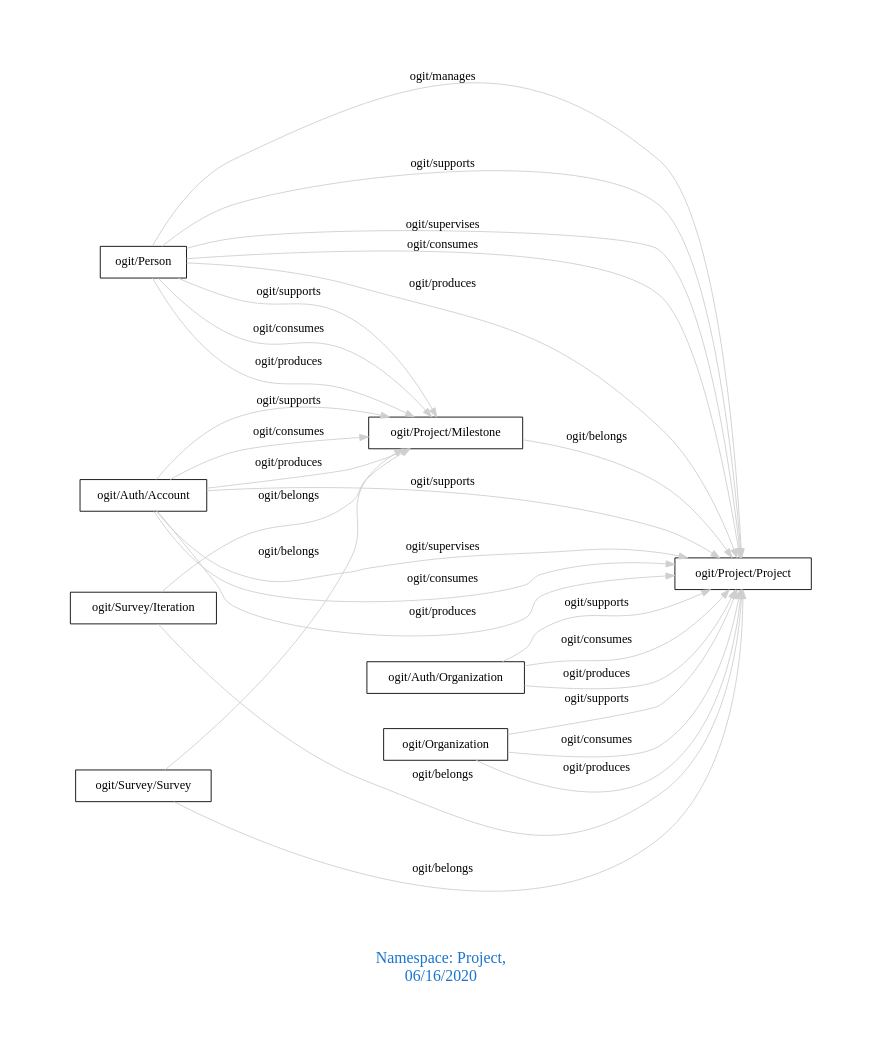
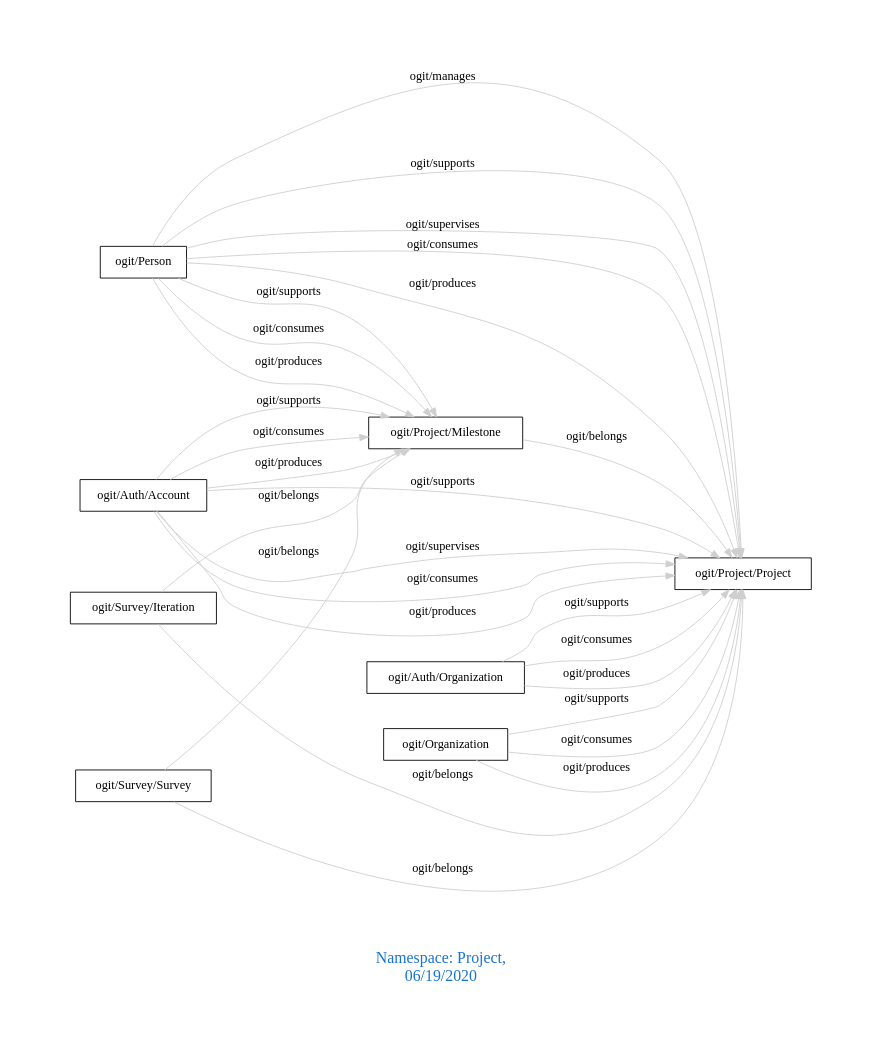
One commit to arago/OGIT changed the diagram in downloads/Project.dot. Above: the diagram before and after it, drawn with Graphviz. The commit also changed 1750 other files, not shown here.

```diff
--- a/downloads/Project.dot
+++ b/downloads/Project.dot
@@ -1,34 +1,34 @@
 digraph OGIT_ontology {
  graph [ rankdir= LR,pad=1 
 fontsize = 18,
-fontcolor= dodgerblue3,label = "\n\n\nNamespace: Project, \n 06/16/2020"];
+fontcolor= dodgerblue3,label = "\n\n\nNamespace: Project, \n 06/19/2020"];
 node[shape=polygon];
 edge [  color="gray81"];
 
    "ogit/Person" -> "ogit/Project/Project" [label="   ogit/manages    "];
    "ogit/Auth/Account" -> "ogit/Project/Milestone" [label="   ogit/supports    "];
    "ogit/Auth/Account" -> "ogit/Project/Project" [label="   ogit/supports    "];
    "ogit/Auth/Organization" -> "ogit/Project/Project" [label="   ogit/supports    "];
    "ogit/Organization" -> "ogit/Project/Project" [label="   ogit/supports    "];
    "ogit/Person" -> "ogit/Project/Milestone" [label="   ogit/supports    "];
    "ogit/Person" -> "ogit/Project/Project" [label="   ogit/supports    "];
    "ogit/Auth/Account" -> "ogit/Project/Project" [label="   ogit/supervises    "];
    "ogit/Person" -> "ogit/Project/Project" [label="   ogit/supervises    "];
    "ogit/Auth/Account" -> "ogit/Project/Milestone" [label="   ogit/consumes    "];
    "ogit/Auth/Account" -> "ogit/Project/Project" [label="   ogit/consumes    "];
    "ogit/Auth/Organization" -> "ogit/Project/Project" [label="   ogit/consumes    "];
    "ogit/Organization" -> "ogit/Project/Project" [label="   ogit/consumes    "];
    "ogit/Person" -> "ogit/Project/Milestone" [label="   ogit/consumes    "];
    "ogit/Person" -> "ogit/Project/Project" [label="   ogit/consumes    "];
    "ogit/Auth/Account" -> "ogit/Project/Milestone" [label="   ogit/produces    "];
    "ogit/Auth/Account" -> "ogit/Project/Project" [label="   ogit/produces    "];
    "ogit/Auth/Organization" -> "ogit/Project/Project" [label="   ogit/produces    "];
    "ogit/Organization" -> "ogit/Project/Project" [label="   ogit/produces    "];
    "ogit/Person" -> "ogit/Project/Milestone" [label="   ogit/produces    "];
    "ogit/Person" -> "ogit/Project/Project" [label="   ogit/produces    "];
    "ogit/Project/Milestone" -> "ogit/Project/Project" [label="   ogit/belongs    "];
    "ogit/Survey/Iteration" -> "ogit/Project/Milestone" [label="   ogit/belongs    "];
    "ogit/Survey/Iteration" -> "ogit/Project/Project" [label="   ogit/belongs    "];
    "ogit/Survey/Survey" -> "ogit/Project/Milestone" [label="   ogit/belongs    "];
    "ogit/Survey/Survey" -> "ogit/Project/Project" [label="   ogit/belongs    "];
 }
```
